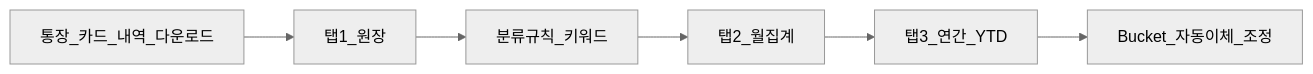
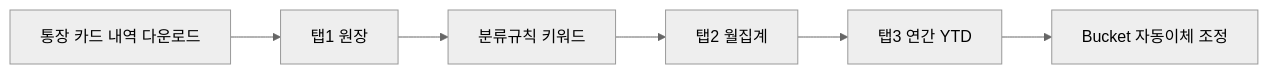
The second of 3 diagrams in 01-foundations/household-ledger-practical.md (goldanghenry/Finances), drawn with Mermaid (neutral theme) before and after one commit. The commit also changed other lines of this file and 211 other files, not shown here.

````diff
--- a/01-foundations/household-ledger-practical.md
+++ b/01-foundations/household-ledger-practical.md
@@ -148,8 +156,8 @@
 ```mermaid
 flowchart LR
-  Bank[통장_카드_내역_다운로드] --> Raw[탭1_원장]
-  Raw --> Rule[분류규칙_키워드]
-  Rule --> Month[탭2_월집계]
-  Month --> Year[탭3_연간_YTD]
-  Year --> Action[Bucket_자동이체_조정]
+  Bank["통장 카드 내역 다운로드"] --> Raw["탭1 원장"]
+  Raw --> Rule["분류규칙 키워드"]
+  Rule --> Month["탭2 월집계"]
+  Month --> Year["탭3 연간 YTD"]
+  Year --> Action["Bucket 자동이체 조정"]
 ```
````
